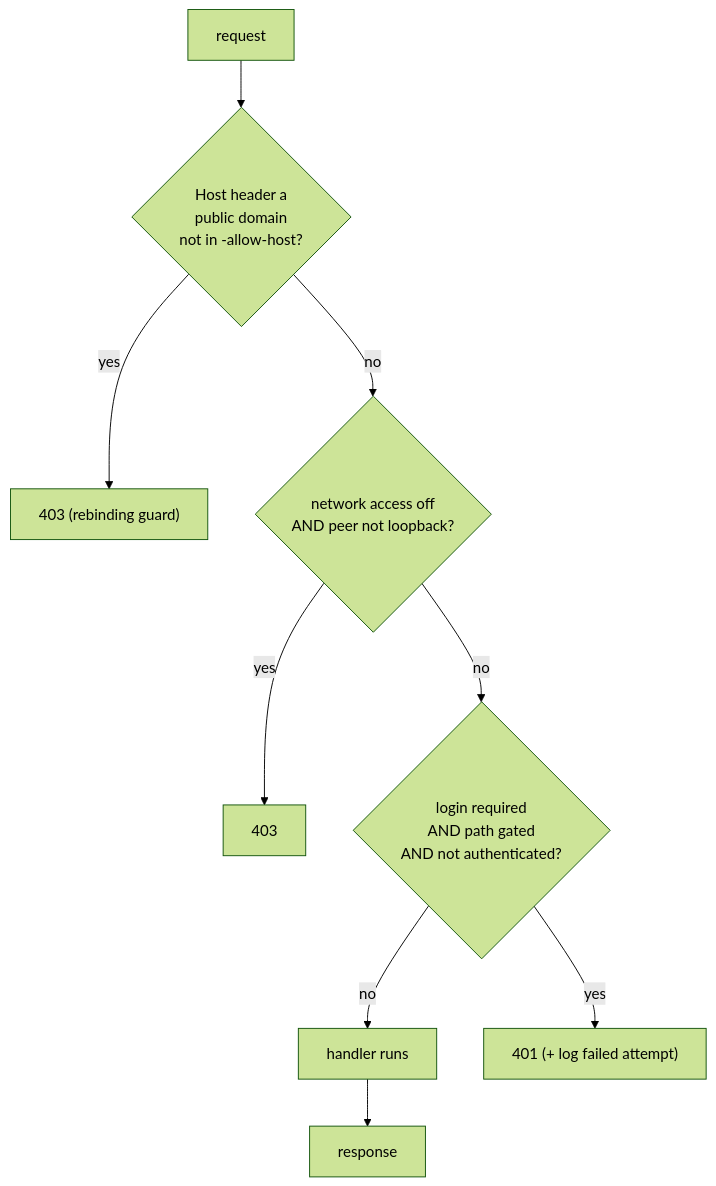
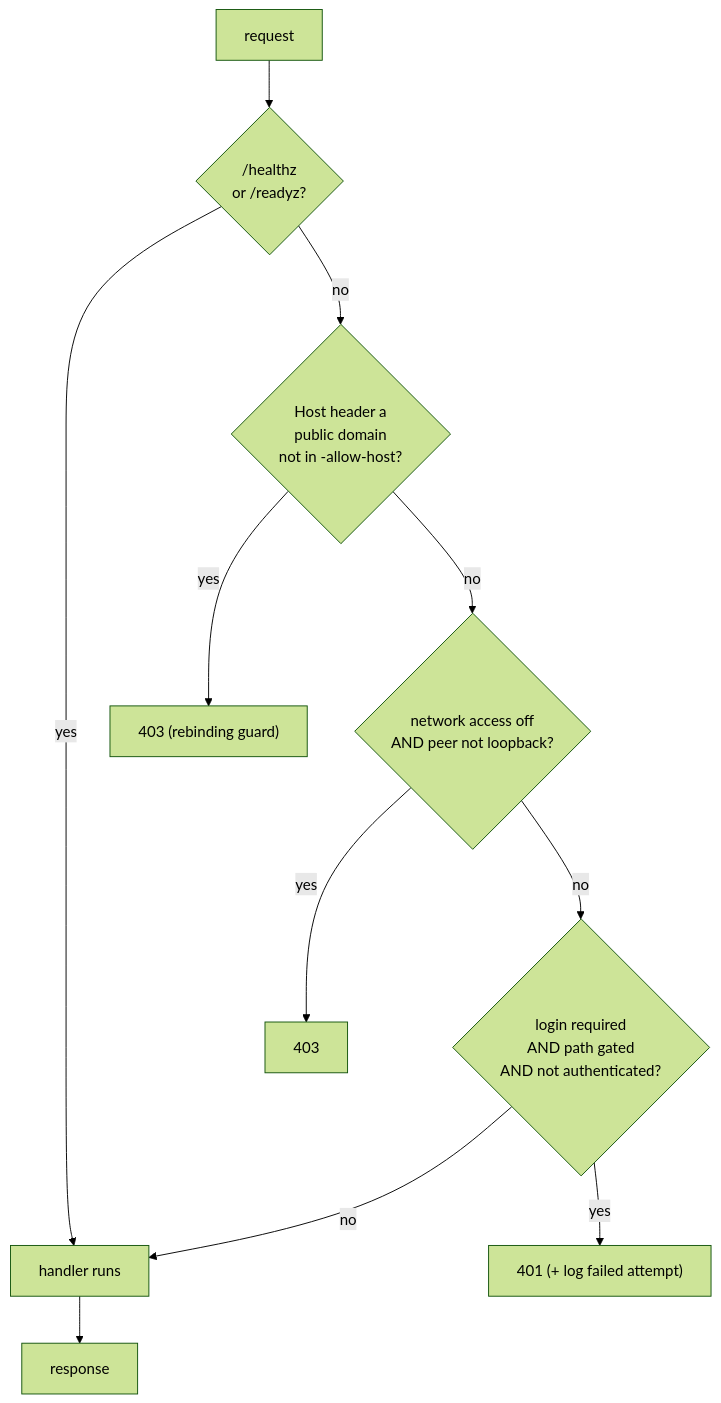
Before and after one commit to pingular/pingularity: the seventh of 7 diagrams in README.md, drawn with Mermaid (forest theme). The commit also changed other lines of this file and 4 other files, not shown here.

````diff
--- a/README.md
+++ b/README.md
@@ -1870,11 +1999,13 @@
 ```mermaid
 flowchart TB
-  req["request"] --> rb{"Host header a<br/>public domain<br/>not in -allow-host?"}
+  req["request"] --> hz{"/healthz<br/>or /readyz?"}
+  hz -->|yes| handler["handler runs"]
+  hz -->|no| rb{"Host header a<br/>public domain<br/>not in -allow-host?"}
   rb -->|yes| d403h["403 (rebinding guard)"]
   rb -->|no| lo{"network access off<br/>AND peer not loopback?"}
   lo -->|yes| d403["403"]
   lo -->|no| au{"login required<br/>AND path gated<br/>AND not authenticated?"}
-  au -->|no| handler["handler runs"]
+  au -->|no| handler
   au -->|yes| d401["401 (+ log failed attempt)"]
   handler --> resp["response"]
 ```
````
